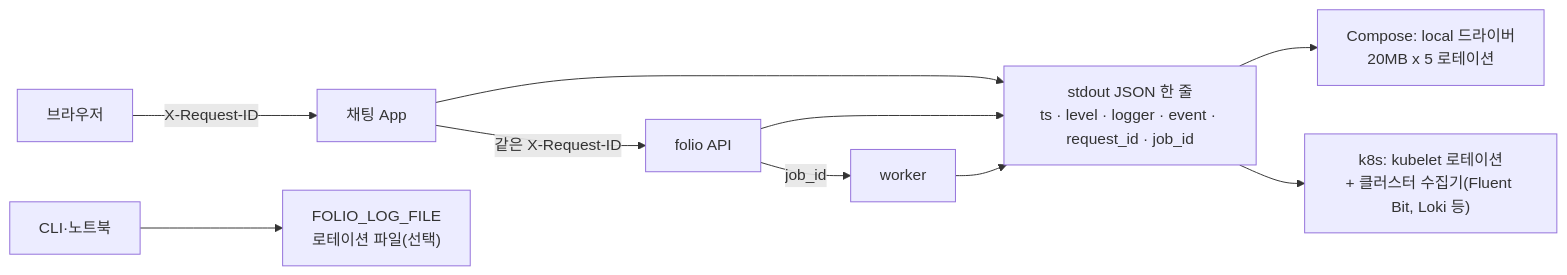
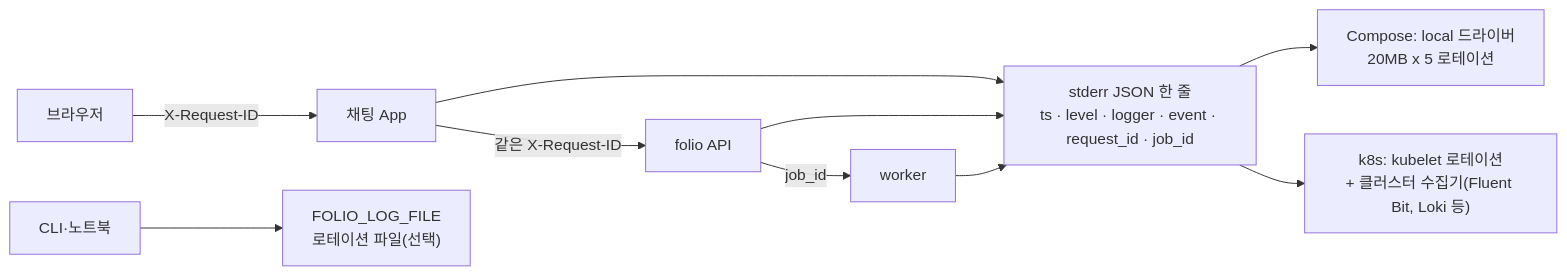
One commit to pilsu-choi/folio changed diagram 11 of 12 in README.md. Above: the diagram before and after it, drawn with Mermaid. The commit also changed 9 other files, not shown here.

First line of the commit message:
fix(logging): uvicorn/celery via adopt() as JSON, stderr wording, skip non-item arrays in testset replies

````diff
--- a/README.md
+++ b/README.md
@@ -250,10 +250,10 @@
 ```mermaid
 flowchart LR
     U["브라우저"] -->|X-Request-ID| APP["채팅 App"]
     APP -->|같은 X-Request-ID| API["folio API"]
     API -->|job_id| W["worker"]
-    APP & API & W --> OUT["stdout JSON 한 줄<br/>ts · level · logger · event · request_id · job_id"]
+    APP & API & W --> OUT["stderr JSON 한 줄<br/>ts · level · logger · event · request_id · job_id"]
     OUT --> DC["Compose: local 드라이버<br/>20MB x 5 로테이션"]
     OUT --> K8["k8s: kubelet 로테이션<br/>+ 클러스터 수집기(Fluent Bit, Loki 등)"]
     CLI["CLI·노트북"] --> F["FOLIO_LOG_FILE<br/>로테이션 파일(선택)"]
 ```
````
